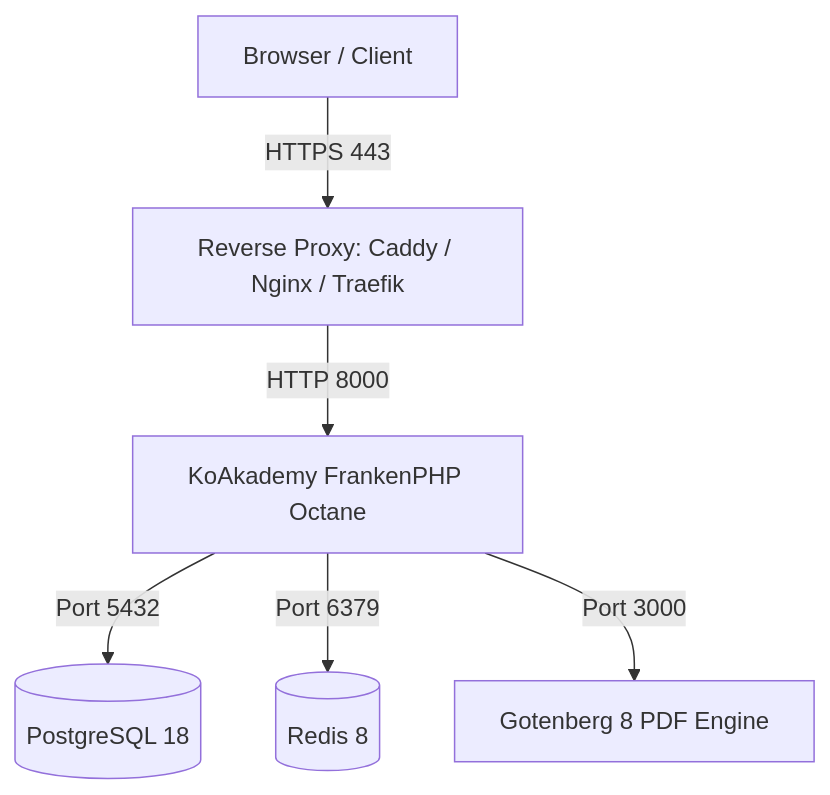
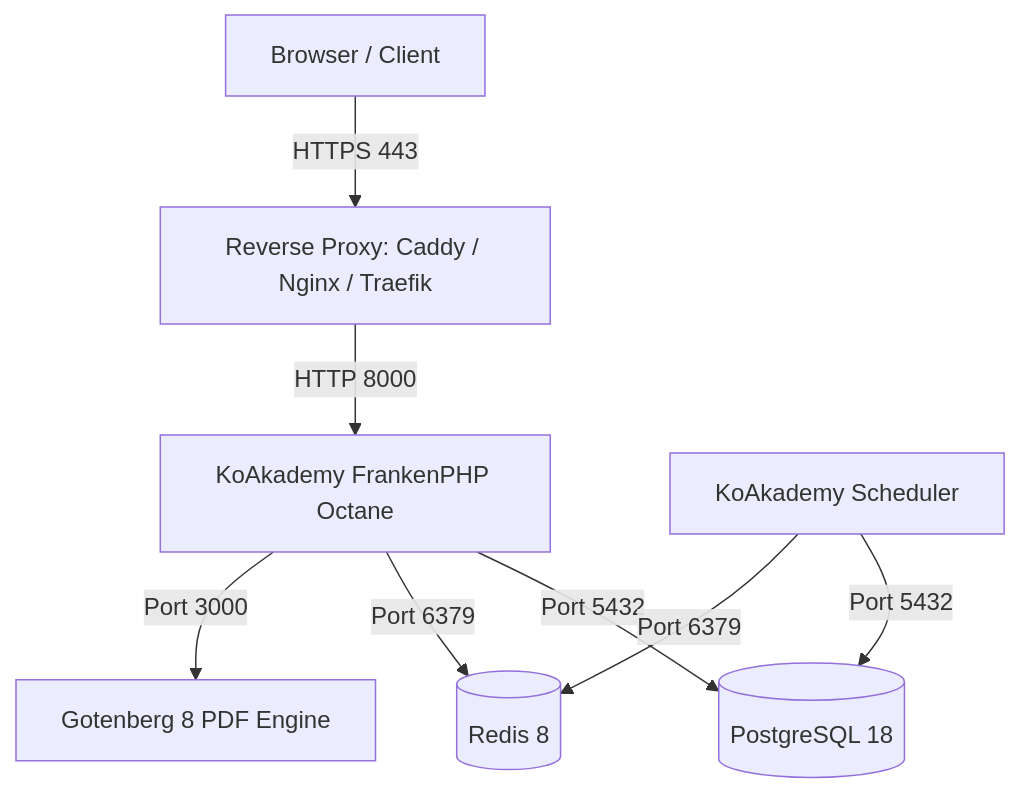
One commit to yukazakiri/koakademy changed the diagram in docs/src/content/docs/self-hosting/docker-compose.mdx. Above: the diagram before and after it, drawn with Mermaid. The commit also changed other lines of this file and 41 other files, not shown here.

````diff
--- a/docs/src/content/docs/self-hosting/docker-compose.mdx
+++ b/docs/src/content/docs/self-hosting/docker-compose.mdx
@@ -12,8 +12,10 @@
 ```mermaid
 graph TD
     Client[Browser / Client] -->|HTTPS 443| Proxy[Reverse Proxy: Caddy / Nginx / Traefik]
     Proxy -->|HTTP 8000| App[KoAkademy FrankenPHP Octane]
     App -->|Port 5432| DB[(PostgreSQL 18)]
     App -->|Port 6379| Cache[(Redis 8)]
     App -->|Port 3000| PDF[Gotenberg 8 PDF Engine]
+    Sched[KoAkademy Scheduler] -->|Port 5432| DB
+    Sched -->|Port 6379| Cache
 ```
````
